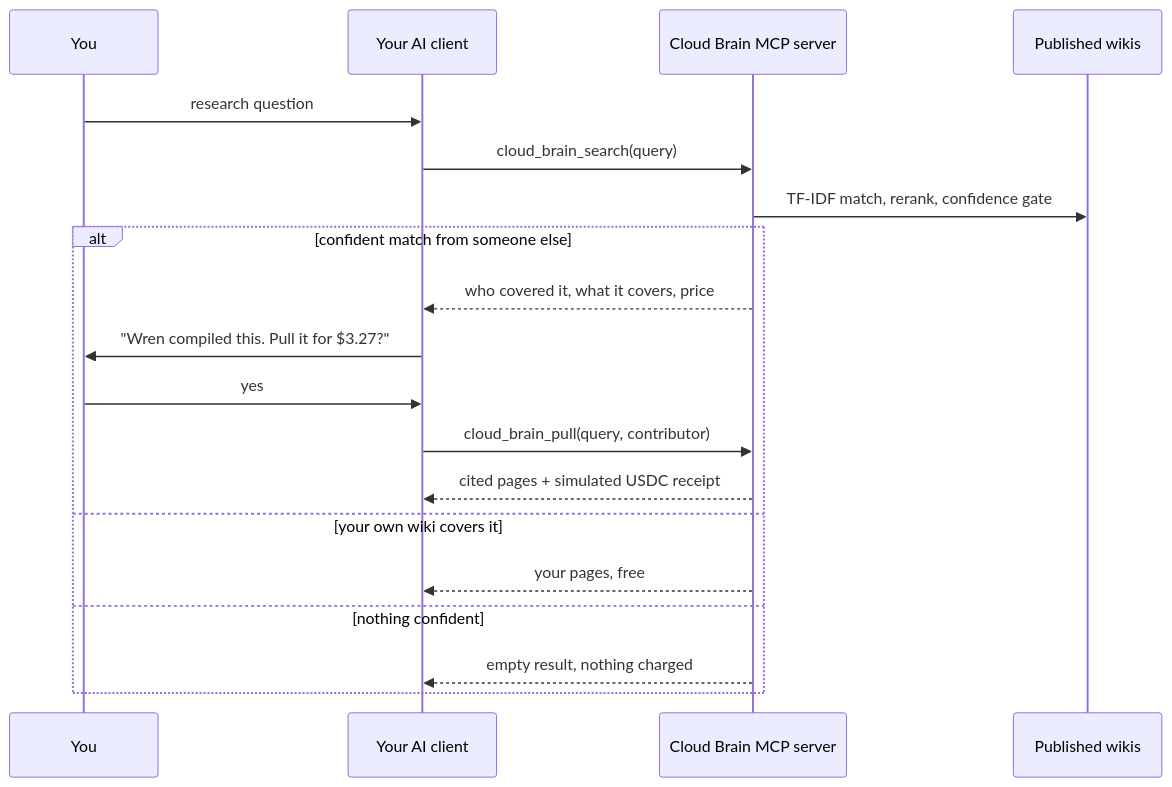
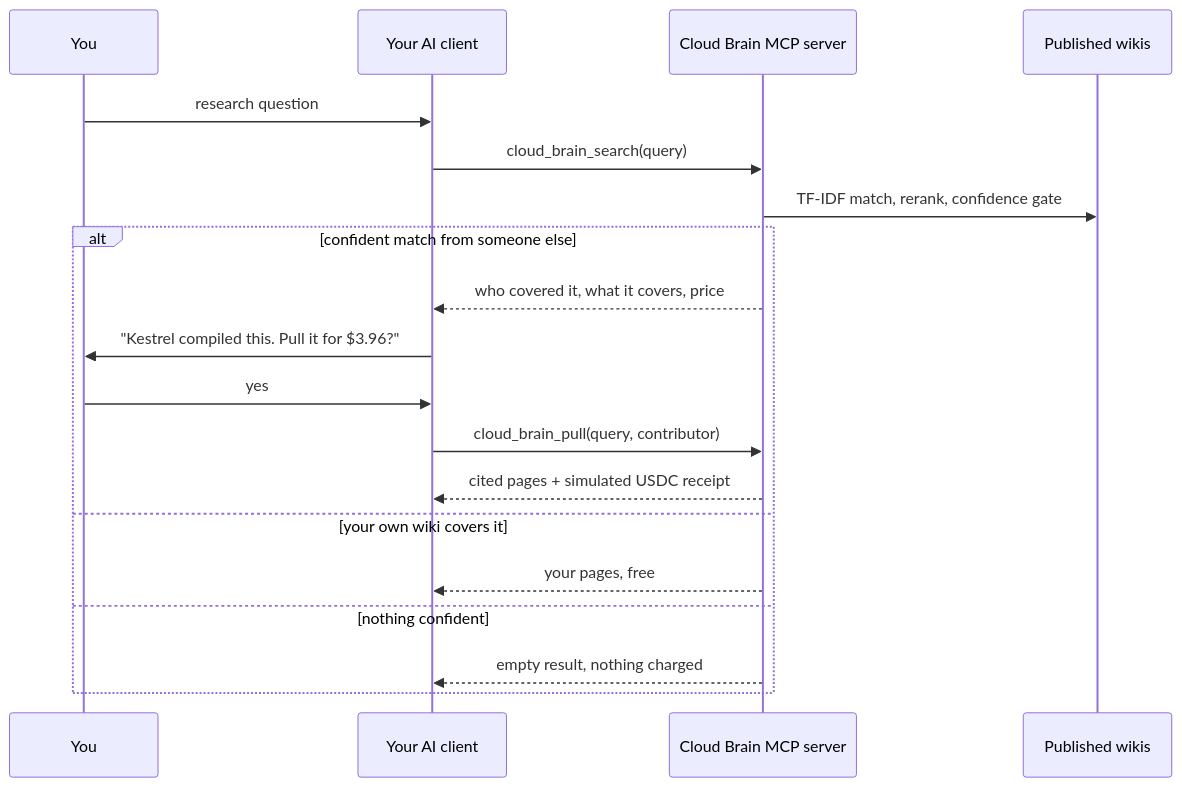
Before and after one commit to ayushcchoudhary-hub/cloud-brain: the first of 2 diagrams in README.md, drawn with Mermaid. The commit also changed other lines of this file and 39 other files, not shown here.

````diff
--- a/README.md
+++ b/README.md
@@ -49,21 +57,21 @@
 ```mermaid
 sequenceDiagram
   participant U as You
   participant A as Your AI client
   participant CB as Cloud Brain MCP server
   participant N as Published wikis
   U->>A: research question
   A->>CB: cloud_brain_search(query)
   CB->>N: TF-IDF match, rerank, confidence gate
   alt confident match from someone else
     CB-->>A: who covered it, what it covers, price
-    A->>U: "Wren compiled this. Pull it for $3.27?"
+    A->>U: "Kestrel compiled this. Pull it for $3.96?"
     U->>A: yes
     A->>CB: cloud_brain_pull(query, contributor)
     CB-->>A: cited pages + simulated USDC receipt
   else your own wiki covers it
     CB-->>A: your pages, free
   else nothing confident
     CB-->>A: empty result, nothing charged
   end
 ```
````
